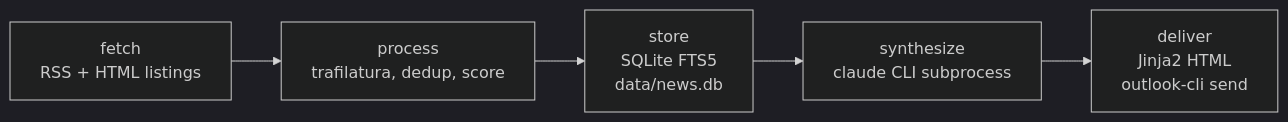
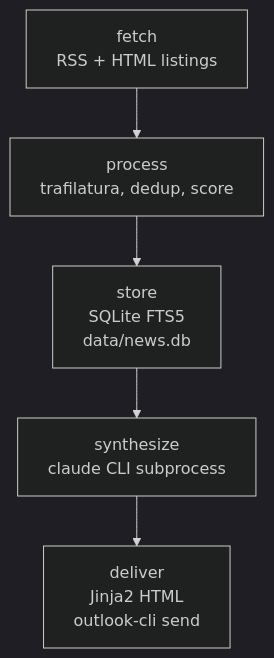
The diagram in README.md (weirdapps/news), drawn with Mermaid (dark theme) before and after one commit.

Commit message:
docs: switch README architecture diagram to vertical layout
Convert the Mermaid diagram from horizontal (LR) to vertical (TD) so it renders
without horizontal scrolling in the GitHub README column.

````diff
--- a/README.md
+++ b/README.md
@@ -25,7 +25,7 @@
 ```mermaid
-flowchart LR
+flowchart TD
     A[fetch<br/>RSS + HTML listings] --> B[process<br/>trafilatura, dedup, score]
     B --> C[store<br/>SQLite FTS5<br/>data/news.db]
     C --> D[synthesize<br/>claude CLI subprocess]
     D --> E[deliver<br/>Jinja2 HTML<br/>outlook-cli send]
 ```
````
